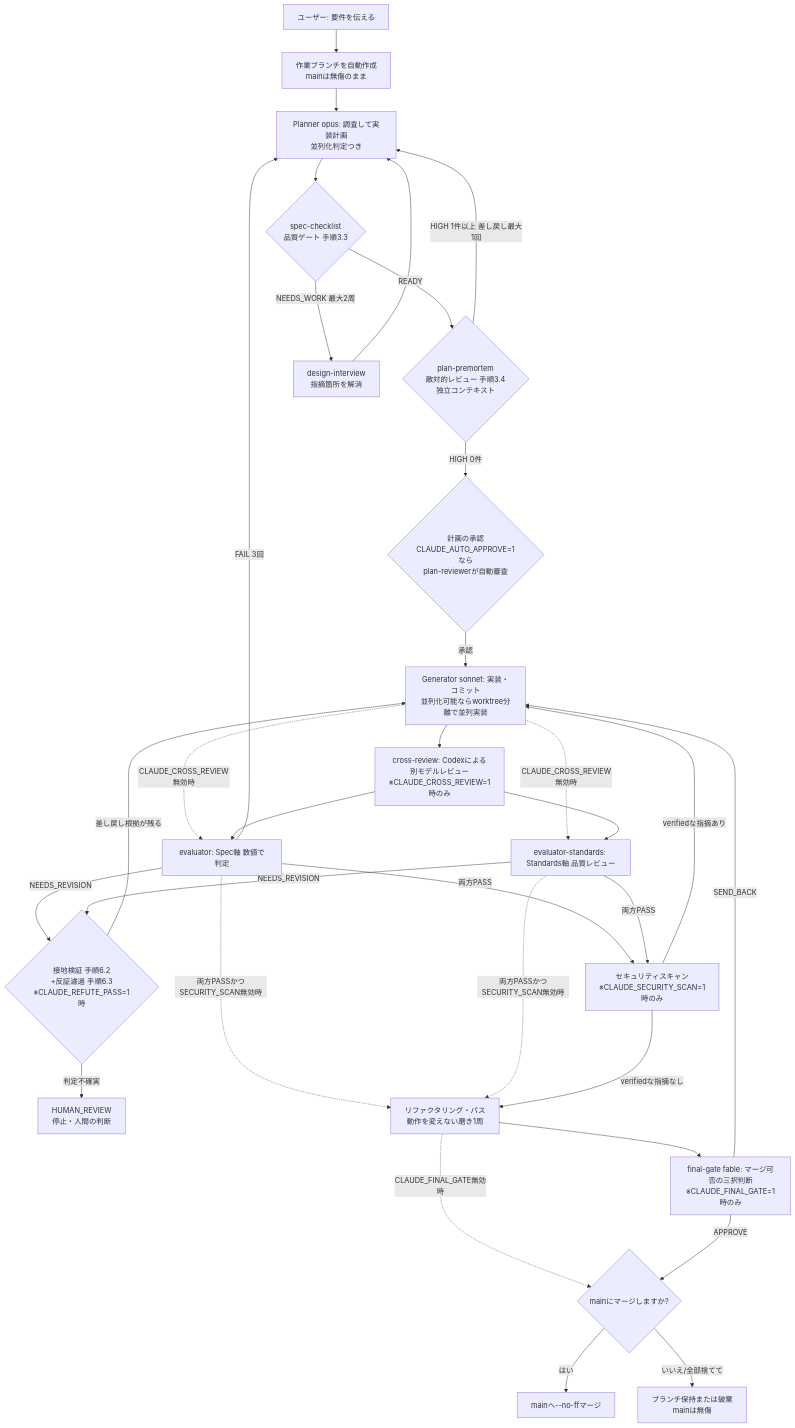
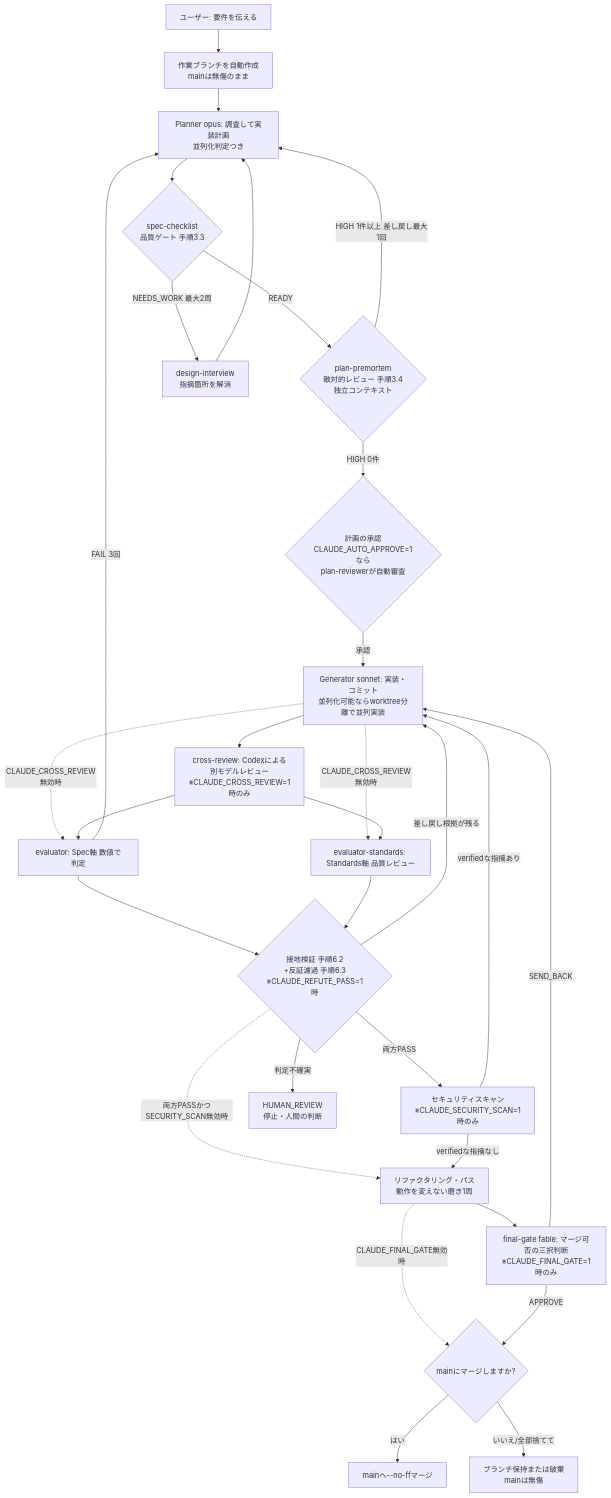
One commit to takayoshitoyoda05/claude-ml-template changed the first of 2 diagrams in README.md. Above: the diagram before and after it, drawn with Mermaid. The commit also changed other lines of this file, not shown here.

Commit message:
fix(evaluator-standards): 冒頭mermaid図と3.17節ASCII図の接地検証の発火位置を実装と一致させる
手順6.2の接地検証はNEEDS_REVISION時のみでも両方PASS後でもなく、手順6を通る
全経路で無条件に実行される(ml-pipeline.md:368)。冒頭mermaid図はGVノードを
E&Fの無条件後段に付け替え(両方PASS/差し戻し根拠が残る/判定不確実の3分岐)、
3.17節ASCII図は「↓両方PASS」を接地検証の後・第2層直前に移動して修正した。

````diff
--- a/README.md
+++ b/README.md
@@ -7,31 +7,31 @@
 ```mermaid
 flowchart TD
     A[ユーザー: 要件を伝える] --> BR[作業ブランチを自動作成<br>mainは無傷のまま]
     BR --> B[Planner opus: 調査して実装計画<br>並列化判定つき]
     B --> SC{spec-checklist<br>品質ゲート 手順3.3}
     SC -->|READY| PM{plan-premortem<br>敵対的レビュー 手順3.4<br>独立コンテキスト}
     SC -->|NEEDS_WORK 最大2周| DI[design-interview<br>指摘箇所を解消]
     DI --> B
     PM -->|HIGH 0件| C{計画の承認<br>CLAUDE_AUTO_APPROVE=1なら<br>plan-reviewerが自動審査}
     PM -->|HIGH 1件以上 差し戻し最大1回| B
     C -->|承認| D[Generator sonnet: 実装・コミット<br>並列化可能ならworktree分離で並列実装]
     D --> X[cross-review: Codexによる<br>別モデルレビュー<br>※CLAUDE_CROSS_REVIEW=1時のみ]
     D -.->|CLAUDE_CROSS_REVIEW無効時| E
     D -.->|CLAUDE_CROSS_REVIEW無効時| F
     X --> E[evaluator: Spec軸 数値で判定]
     X --> F[evaluator-standards: Standards軸 品質レビュー]
-    E & F -->|両方PASS| AD[セキュリティスキャン<br>※CLAUDE_SECURITY_SCAN=1時のみ]
-    E & F -->|NEEDS_REVISION| GV{接地検証 手順6.2<br>+反証濾過 手順6.3<br>※CLAUDE_REFUTE_PASS=1時}
+    E & F --> GV{接地検証 手順6.2<br>+反証濾過 手順6.3<br>※CLAUDE_REFUTE_PASS=1時}
+    GV -->|両方PASS| AD[セキュリティスキャン<br>※CLAUDE_SECURITY_SCAN=1時のみ]
     GV -->|差し戻し根拠が残る| D
     GV -->|判定不確実| HR[HUMAN_REVIEW<br>停止・人間の判断]
     E -->|FAIL 3回| B
-    E & F -.->|両方PASSかつSECURITY_SCAN無効時| P
+    GV -.->|両方PASSかつSECURITY_SCAN無効時| P
     AD -->|verifiedな指摘なし| P[リファクタリング・パス<br>動作を変えない磨き1周]
     AD -->|verifiedな指摘あり| D
     P --> FG[final-gate fable: マージ可否の三択判断<br>※CLAUDE_FINAL_GATE=1時のみ]
     P -.->|CLAUDE_FINAL_GATE無効時| M
     FG -->|APPROVE| M{mainにマージしますか?}
     FG -->|SEND_BACK| D
     M -->|はい| G[mainへ--no-ffマージ]
     M -->|いいえ/全部捨てて| K[ブランチ保持または破棄<br>mainは無傷]
 ```
````
